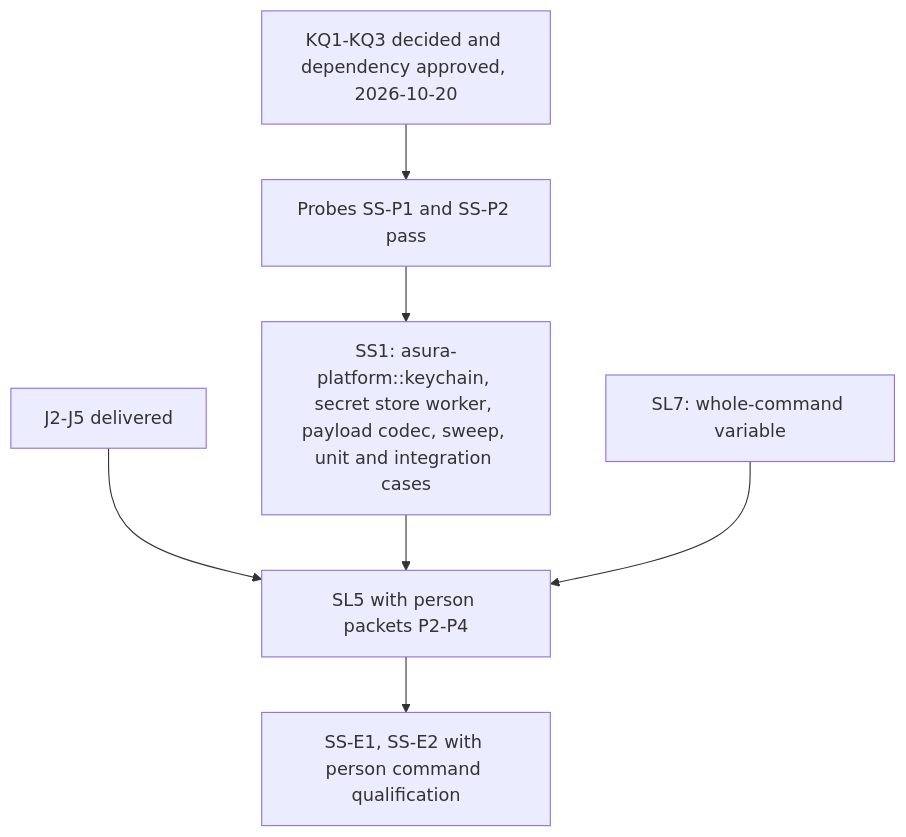
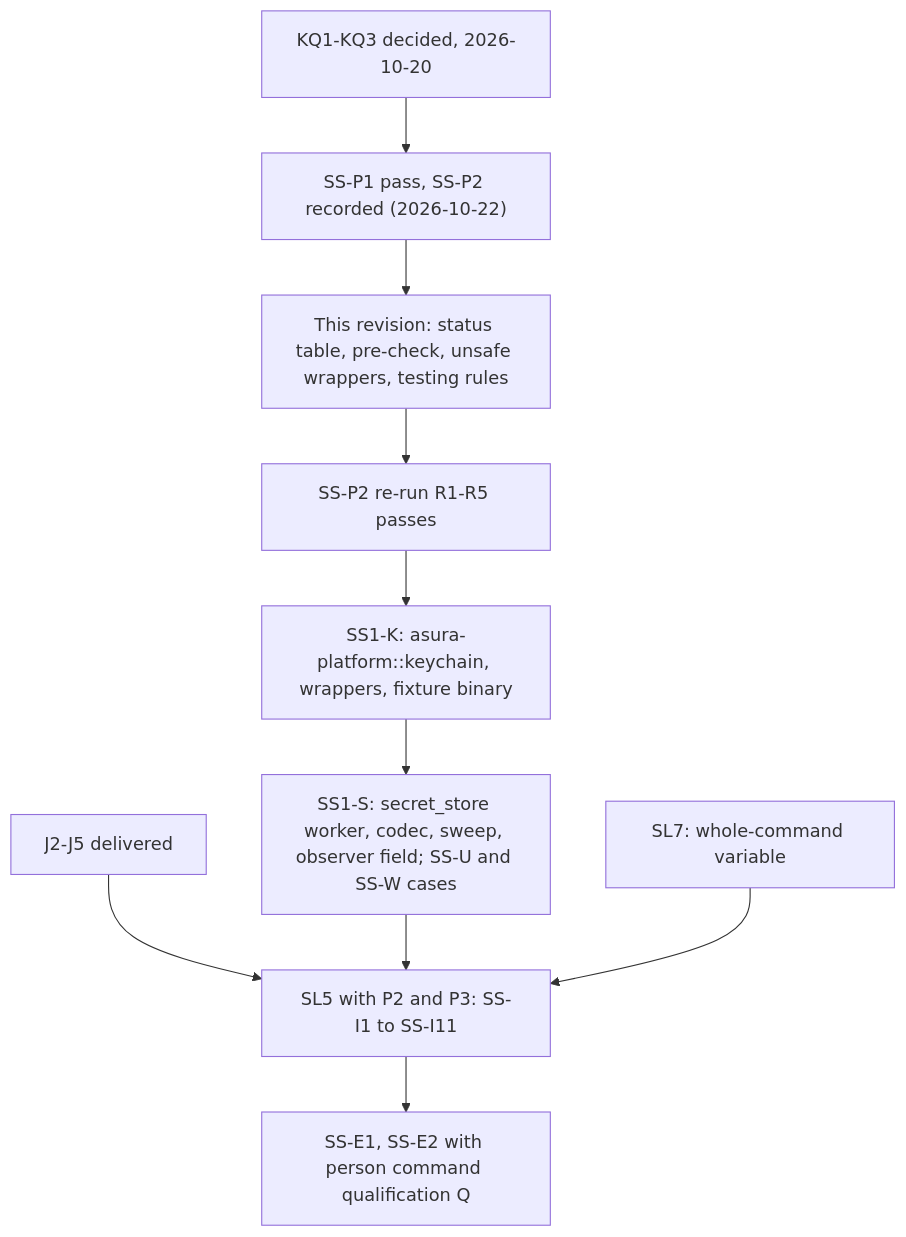
One commit to pidster/asura changed the fourth of 4 diagrams in docs/designs/secret-store.md. Above: the diagram before and after it, drawn with Mermaid. The commit also changed other lines of this file and 14 other files, not shown here.

First line of the commit message:
Design person command packets, path guard and Keychain fixes

````diff
--- a/docs/designs/secret-store.md
+++ b/docs/designs/secret-store.md
@@ -406,9 +623,12 @@
 ```mermaid
 flowchart TD
-    KQ["KQ1-KQ3 decided and dependency approved, 2026-10-20"] --> Probe["Probes SS-P1 and SS-P2 pass"]
-    Probe --> SS1["SS1: asura-platform::keychain, secret store worker, payload codec, sweep, unit and integration cases"]
-    J["J2-J5 delivered"] --> SL5["SL5 with person packets P2-P4"]
-    SS1 --> SL5
+    KQ["KQ1-KQ3 decided, 2026-10-20"] --> Probe["SS-P1 pass, SS-P2 recorded (2026-10-22)"]
+    Probe --> Rev["This revision: status table, pre-check, unsafe wrappers, testing rules"]
+    Rev --> Rerun["SS-P2 re-run R1-R5 passes"]
+    Rerun --> SSK["SS1-K: asura-platform::keychain, wrappers, fixture binary"]
+    SSK --> SSS["SS1-S: secret_store worker, codec, sweep, observer field; SS-U and SS-W cases"]
+    J["J2-J5 delivered"] --> SL5["SL5 with P2 and P3: SS-I1 to SS-I11"]
+    SSS --> SL5
     SL7["SL7: whole-command variable"] --> SL5
-    SL5 --> E2E["SS-E1, SS-E2 with person command qualification"]
+    SL5 --> E2E["SS-E1, SS-E2 with person command qualification Q"]
 ```
````
